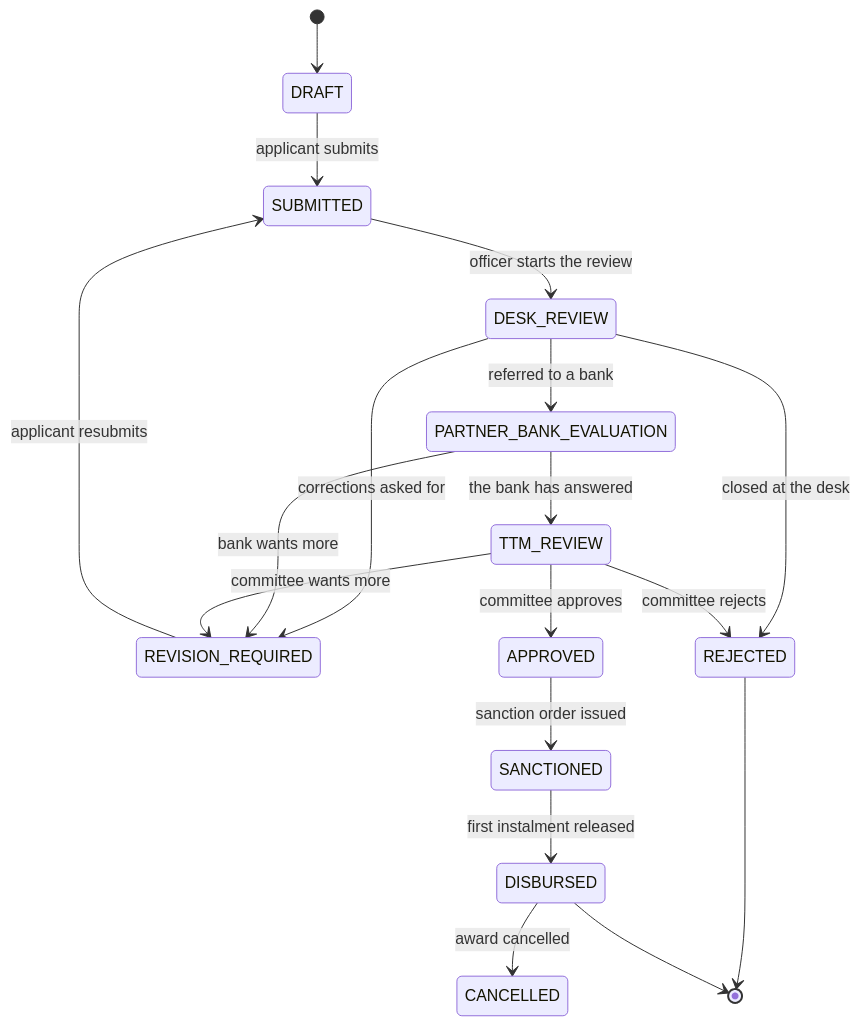
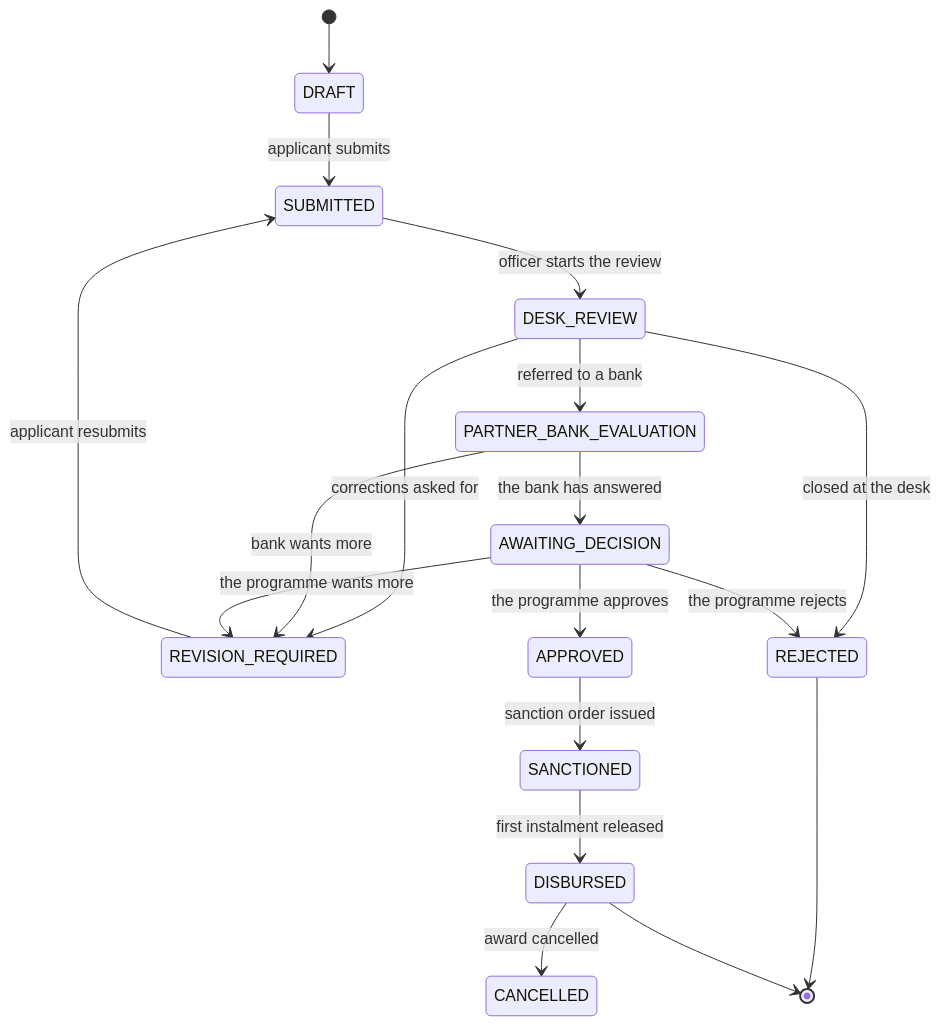
The diagram in README.md (kuchuk-borom-debbarma/seb-backend), drawn with Mermaid before and after one commit. The commit also changed other lines of this file and 399 other files, not shown here.

````diff
--- a/README.md
+++ b/README.md
@@ -16,20 +16,20 @@
 ```mermaid
 stateDiagram-v2
     [*] --> DRAFT
     DRAFT --> SUBMITTED: applicant submits
     SUBMITTED --> DESK_REVIEW: officer starts the review
     DESK_REVIEW --> REVISION_REQUIRED: corrections asked for
     REVISION_REQUIRED --> SUBMITTED: applicant resubmits
     DESK_REVIEW --> PARTNER_BANK_EVALUATION: referred to a bank
     DESK_REVIEW --> REJECTED: closed at the desk
-    PARTNER_BANK_EVALUATION --> TTM_REVIEW: the bank has answered
+    PARTNER_BANK_EVALUATION --> AWAITING_DECISION: the bank has answered
     PARTNER_BANK_EVALUATION --> REVISION_REQUIRED: bank wants more
-    TTM_REVIEW --> APPROVED: committee approves
-    TTM_REVIEW --> REJECTED: committee rejects
-    TTM_REVIEW --> REVISION_REQUIRED: committee wants more
+    AWAITING_DECISION --> APPROVED: the programme approves
+    AWAITING_DECISION --> REJECTED: the programme rejects
+    AWAITING_DECISION --> REVISION_REQUIRED: the programme wants more
     APPROVED --> SANCTIONED: sanction order issued
     SANCTIONED --> DISBURSED: first instalment released
     DISBURSED --> CANCELLED: award cancelled
     REJECTED --> [*]
     DISBURSED --> [*]
 ```
````
